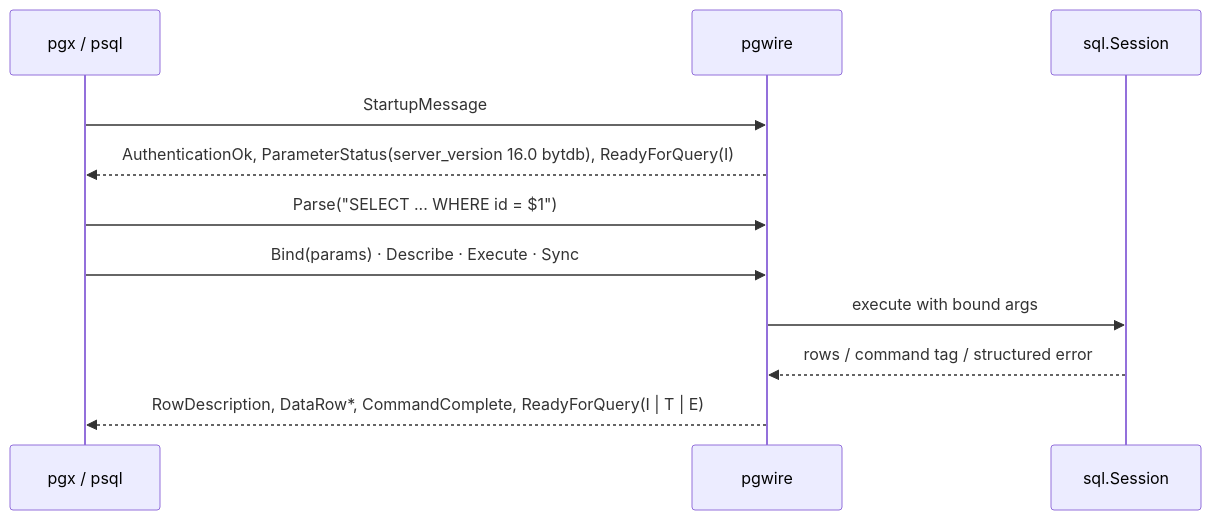
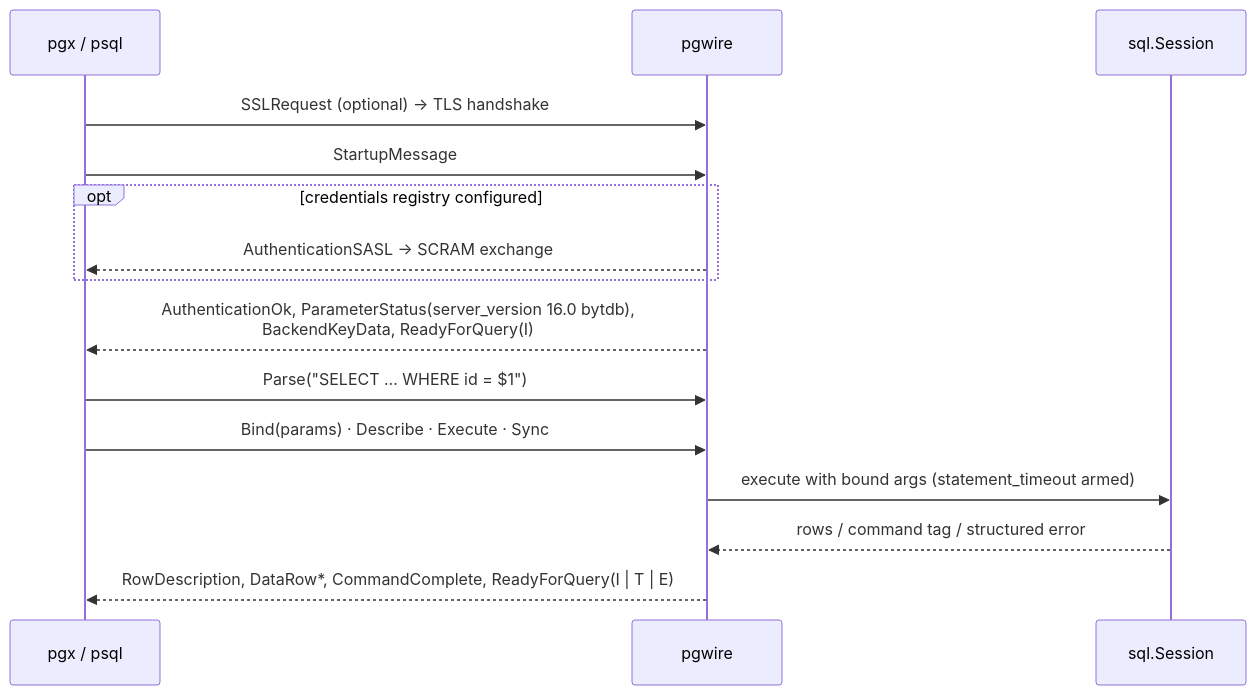
The ninth of 9 diagrams in docs/architecture.md (rohanthewiz/bytdb), drawn with Mermaid before and after one commit. The commit also changed other lines of this file and 8 other files, not shown here.

First line of the commit message:
Docs refresh: mkdocs pages current with v0.6.4, 22 validated mermaid diagrams

````diff
--- a/docs/architecture.md
+++ b/docs/architecture.md
@@ -285,13 +396,17 @@
 ```mermaid
 sequenceDiagram
     participant C as pgx / psql
     participant S as pgwire
     participant Q as sql.Session
+    C->>S: SSLRequest (optional) → TLS handshake
     C->>S: StartupMessage
-    S-->>C: AuthenticationOk, ParameterStatus(server_version 16.0 bytdb), ReadyForQuery(I)
+    opt credentials registry configured
+        S-->>C: AuthenticationSASL → SCRAM exchange
+    end
+    S-->>C: AuthenticationOk, ParameterStatus(server_version 16.0 bytdb),<br/>BackendKeyData, ReadyForQuery(I)
     C->>S: Parse("SELECT ... WHERE id = $1")
     C->>S: Bind(params) · Describe · Execute · Sync
-    S->>Q: execute with bound args
+    S->>Q: execute with bound args (statement_timeout armed)
     Q-->>S: rows / command tag / structured error
     S-->>C: RowDescription, DataRow*, CommandComplete, ReadyForQuery(I | T | E)
 ```
````
